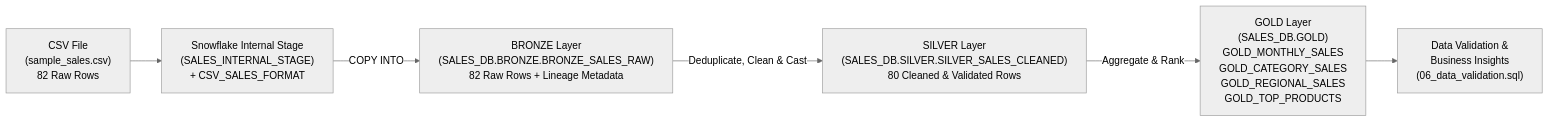
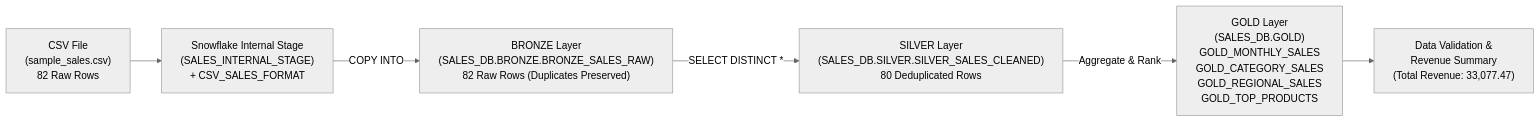
One commit to patelutsav13/Snowflake-Sales-Data-Engineering-Pipeline changed the diagram in README.md. Above: the diagram before and after it, drawn with Mermaid (neutral theme). The commit also changed other lines of this file and 9 other files, not shown here.

Commit message:
Align SQL, README, diagram, and docs with actual Snowflake execution results

````diff
--- a/README.md
+++ b/README.md
@@ -29,8 +29,8 @@
 ```mermaid
 flowchart LR
     A["CSV File<br/>(sample_sales.csv)<br/>82 Raw Rows"] --> B["Snowflake Internal Stage<br/>(SALES_INTERNAL_STAGE)<br/>+ CSV_SALES_FORMAT"]
-    B -->|COPY INTO| C["BRONZE Layer<br/>(SALES_DB.BRONZE.BRONZE_SALES_RAW)<br/>82 Raw Rows + Lineage Metadata"]
-    C -->|Deduplicate, Clean & Cast| D["SILVER Layer<br/>(SALES_DB.SILVER.SILVER_SALES_CLEANED)<br/>80 Cleaned & Validated Rows"]
+    B -->|COPY INTO| C["BRONZE Layer<br/>(SALES_DB.BRONZE.BRONZE_SALES_RAW)<br/>82 Raw Rows (Duplicates Preserved)"]
+    C -->|SELECT DISTINCT *| D["SILVER Layer<br/>(SALES_DB.SILVER.SILVER_SALES_CLEANED)<br/>80 Deduplicated Rows"]
     D -->|Aggregate & Rank| E["GOLD Layer<br/>(SALES_DB.GOLD)<br/>GOLD_MONTHLY_SALES<br/>GOLD_CATEGORY_SALES<br/>GOLD_REGIONAL_SALES<br/>GOLD_TOP_PRODUCTS"]
-    E --> F["Data Validation &<br/>Business Insights<br/>(06_data_validation.sql)"]
+    E --> F["Data Validation &<br/>Revenue Summary<br/>(Total Revenue: 33,077.47)"]
 ```
````
